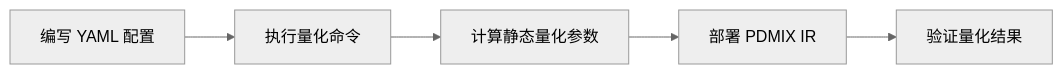
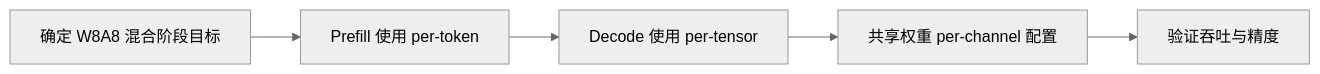
Before and after one commit to mindstudio-docs/master: the diagram in msmodelslim/docs/zh/knowledge_base/quantization_algorithms/pdmix/usage_pdmix.md, drawn with Mermaid (neutral theme). The commit also changed other lines of this file and 73 other files, not shown here.

````diff
--- a/msmodelslim/docs/zh/knowledge_base/quantization_algorithms/pdmix/usage_pdmix.md
+++ b/msmodelslim/docs/zh/knowledge_base/quantization_algorithms/pdmix/usage_pdmix.md
@@ -42,7 +24,7 @@
 ```mermaid
 flowchart LR
-    A[编写 YAML 配置] --> B[执行量化命令]
-    B --> C[计算静态量化参数]
-    C --> D[部署 PDMIX IR]
-    D --> E[验证量化结果]
+    A[确定 W8A8 混合阶段目标] --> B[Prefill 使用 per-token]
+    B[Prefill 使用 per-token] --> C[Decode 使用 per-tensor]
+    C[Decode 使用 per-tensor] --> D[共享权重 per-channel 配置]
+    D[共享权重 per-channel 配置] --> E[验证吞吐与精度]
 ```
````
